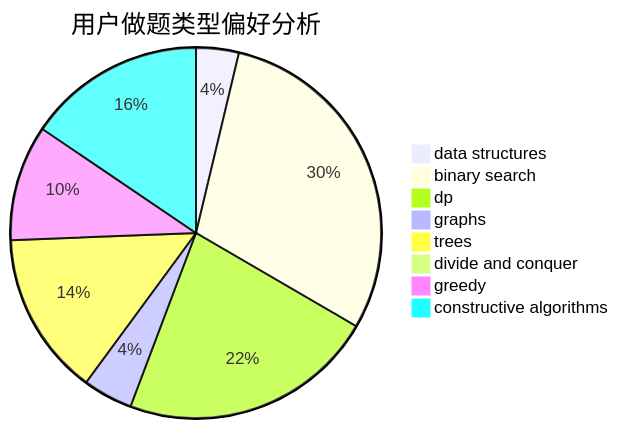
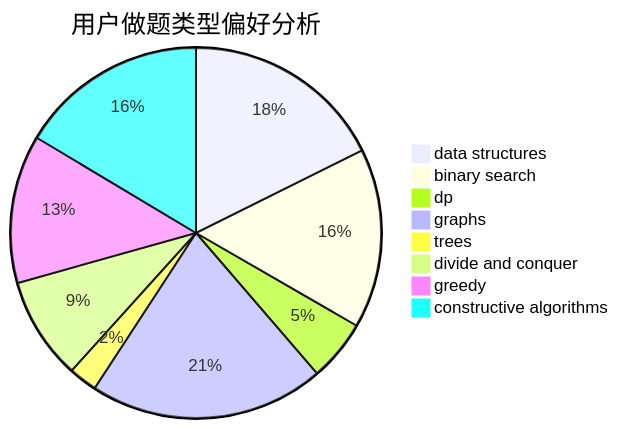
Before and after one commit to sherpahu/cfrs.github.io: the second of 3 diagrams in docs/user/u2646.md, drawn with Mermaid. The commit also changed other lines of this file and 2770 other files, not shown here.

````diff
--- a/docs/user/u2646.md
+++ b/docs/user/u2646.md
@@ -23,11 +23,11 @@
 ```mermaid
 pie title 用户做题类型偏好分析
-    "data structures" :  24
-    "binary search" :  191
-    "dp" :  144
-    "graphs" :  28
-    "trees" :  92
-    "divide and conquer" :  0
-    "greedy" :  65
-    "constructive algorithms" :  100
+    "data structures" :  142
+    "binary search" :  126
+    "dp" :  43
+    "graphs" :  165
+    "trees" :  20
+    "divide and conquer" :  72
+    "greedy" :  104
+    "constructive algorithms" :  132
 ```
````
